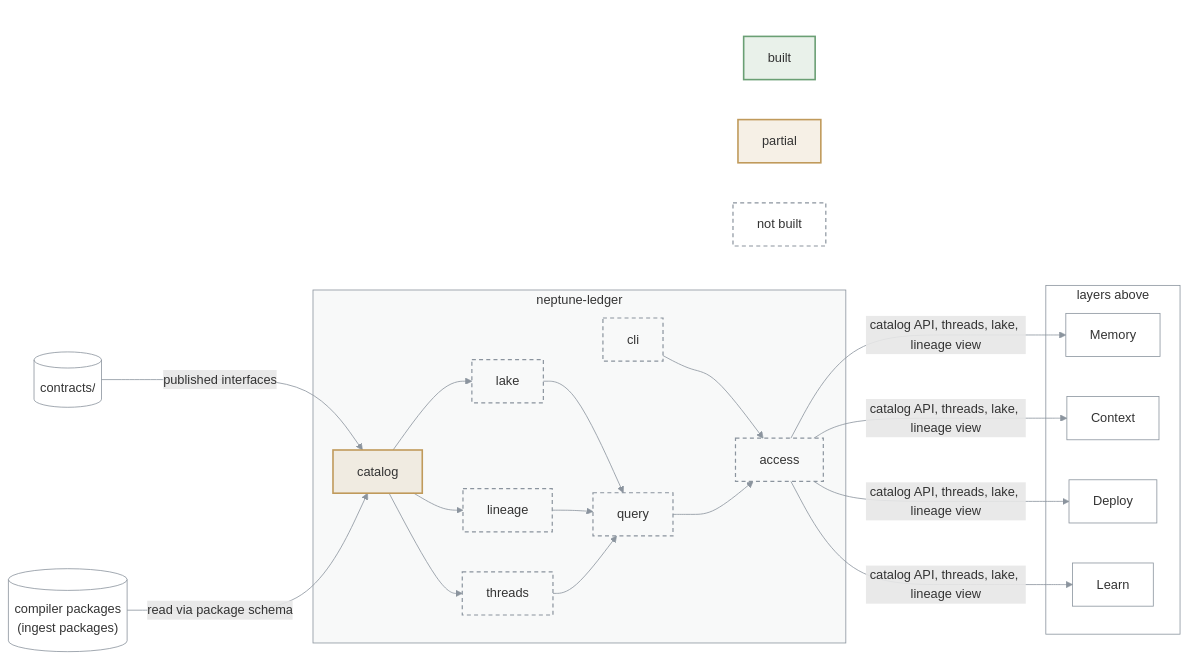
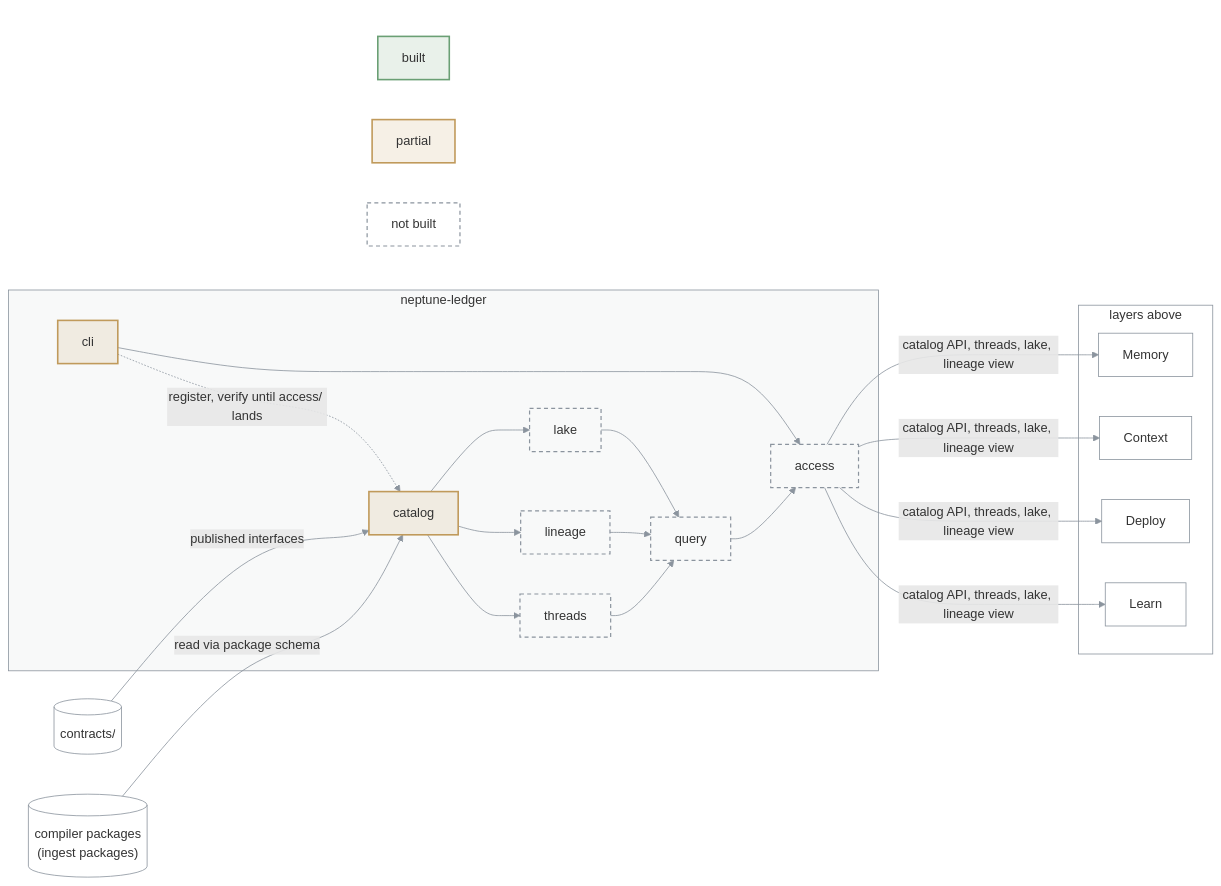
One commit to bennytay/neptune changed the diagram in packages/neptune-ledger/ARCHITECTURE.md. Above: the diagram before and after it, drawn with Mermaid. The commit also changed 7 other files, not shown here.

````diff
--- a/packages/neptune-ledger/ARCHITECTURE.md
+++ b/packages/neptune-ledger/ARCHITECTURE.md
@@ -3,54 +3,55 @@
 ```mermaid
 flowchart LR
   PKG[("compiler packages<br/>(ingest packages)")]
   CON[("contracts/")]
 
   subgraph L["neptune-ledger"]
     CAT["catalog"]
     THR["threads"]
     LIN["lineage"]
     LAKE["lake"]
     QRY["query"]
     ACC["access"]
     CLI["cli"]
   end
 
   subgraph UP["layers above"]
     MEM["Memory"]
     CTX["Context"]
     DEP["Deploy"]
     LRN["Learn"]
   end
 
   PKG -->|read via package schema| CAT
   CON -->|published interfaces| CAT
   CAT --> THR
   CAT --> LIN
   CAT --> LAKE
   THR --> QRY
   LIN --> QRY
   LAKE --> QRY
   QRY --> ACC
   ACC -->|catalog API, threads, lake, lineage view| MEM & CTX & DEP & LRN
   CLI --> ACC
+  CLI -.->|register, verify until access/ lands| CAT
 
   subgraph KEY[" "]
     K1["built"]
     K2["partial"]
     K3["not built"]
   end
   CLI ~~~ K1 & K2 & K3
 
   classDef built fill:#6a9f7426,stroke:#6a9f74,stroke-width:2px
   classDef partial fill:#c09a5b26,stroke:#c09a5b,stroke-width:2px
   classDef todo fill:none,stroke:#8b949e,stroke-width:1.5px,stroke-dasharray:5 4
   classDef ext fill:none,stroke:#8b949e,stroke-width:1px
   class K1 built
-  class CAT,K2 partial
-  class THR,LIN,LAKE,QRY,ACC,CLI,K3 todo
+  class CAT,CLI,K2 partial
+  class THR,LIN,LAKE,QRY,ACC,K3 todo
   class PKG,CON,MEM,CTX,DEP,LRN ext
   style L fill:#8b949e0f,stroke:#8b949e
   style UP fill:none,stroke:#8b949e
   style KEY fill:none,stroke:none
   linkStyle default stroke:#8b949e
 ```
````
